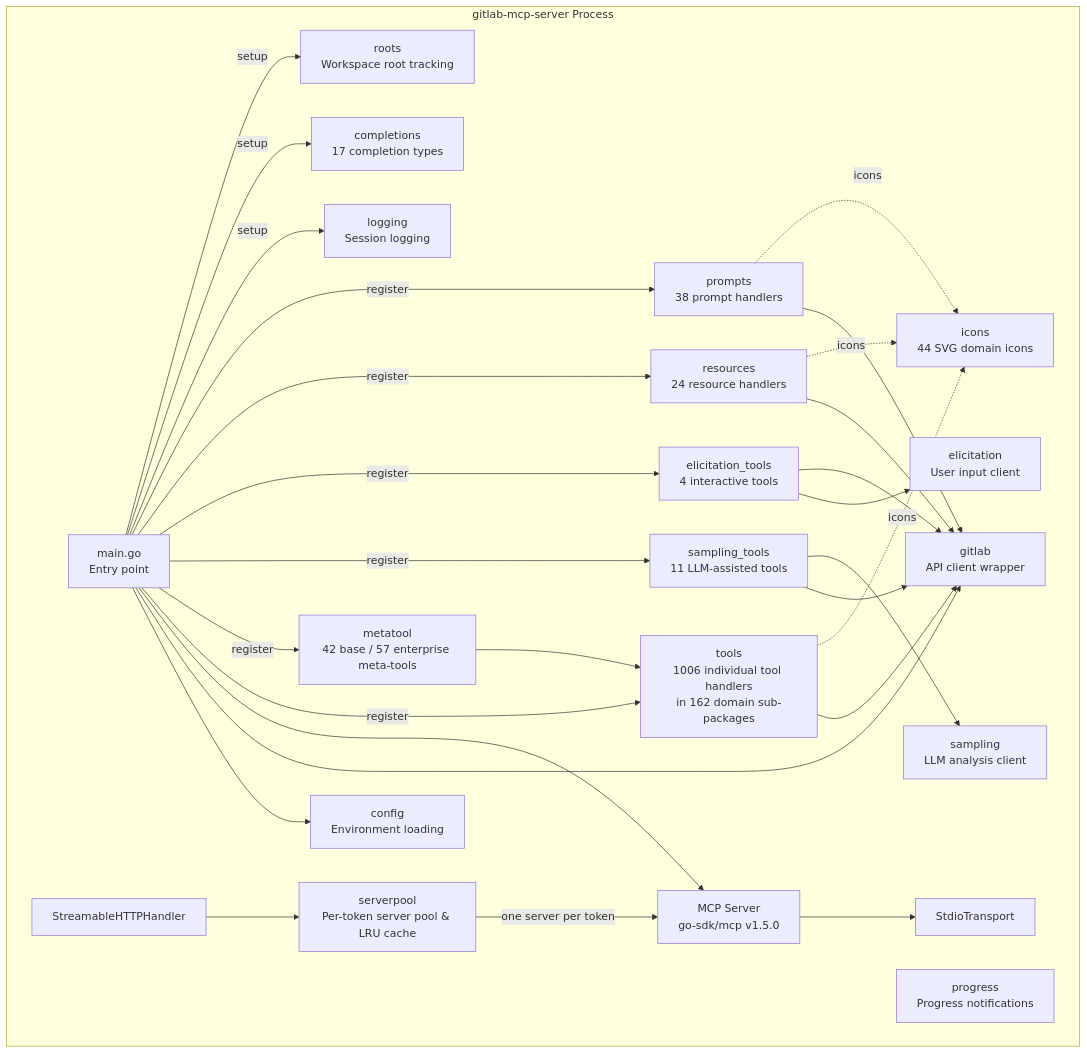
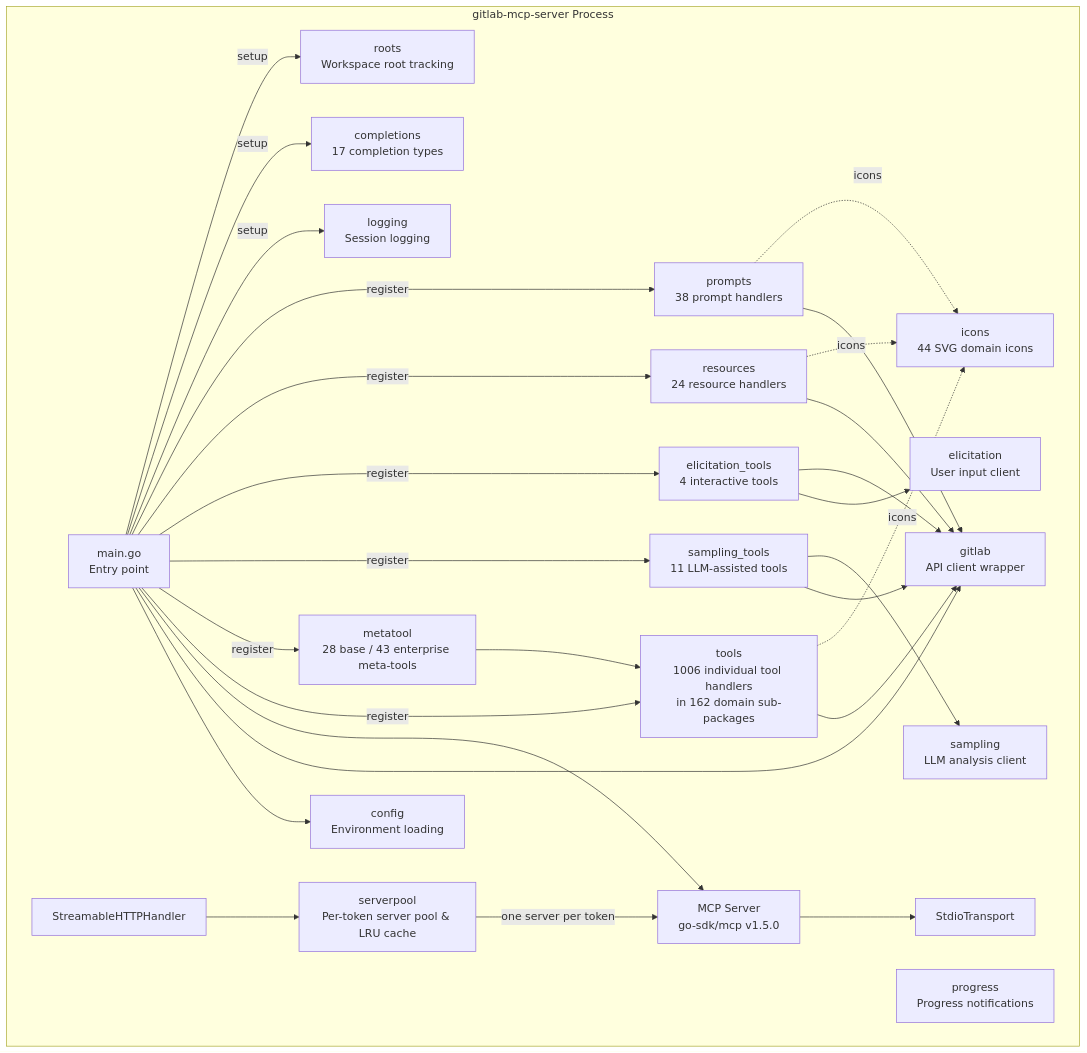
One commit to jmrplens/gitlab-mcp-server changed the third of 9 diagrams in docs/architecture.md. Above: the diagram before and after it, drawn with Mermaid. The commit also changed other lines of this file and 84 other files, not shown here.

First line of the commit message:
refactor(meta-tools): merge 4 child meta-tools into parents and update documentation (#21)

````diff
--- a/docs/architecture.md
+++ b/docs/architecture.md
@@ -64,52 +64,52 @@
 ```mermaid
 graph TD
     subgraph "gitlab-mcp-server Process"
         MAIN[main.go<br/>Entry point]
         CFG[config<br/>Environment loading]
         GL[gitlab<br/>API client wrapper]
         TOOLS[tools<br/>1006 individual tool handlers<br/>in 162 domain sub-packages]
-        META[metatool<br/>42 base / 57 enterprise meta-tools]
+        META[metatool<br/>28 base / 43 enterprise meta-tools]
         SAMP[sampling_tools<br/>11 LLM-assisted tools]
         ELIC[elicitation_tools<br/>4 interactive tools]
         RES[resources<br/>24 resource handlers]
         PROMPTS[prompts<br/>38 prompt handlers]
         LOG[logging<br/>Session logging]
         COMP[completions<br/>17 completion types]
         ROOTS[roots<br/>Workspace root tracking]
         PROG[progress<br/>Progress notifications]
         SAMPLING[sampling<br/>LLM analysis client]
         ELICIT[elicitation<br/>User input client]
         ICN[icons<br/>44 SVG domain icons]
         SRV[MCP Server<br/>go-sdk/mcp v1.5.0]
         STDIO[StdioTransport]
         HTTP[StreamableHTTPHandler]
         POOL[serverpool<br/>Per-token server pool & LRU cache]
     end
 
     MAIN --> CFG
     MAIN --> GL
     MAIN --> SRV
     SRV --> STDIO
     HTTP --> POOL
     POOL -->|one server per token| SRV
     TOOLS --> GL
     META --> TOOLS
     SAMP --> GL
     SAMP --> SAMPLING
     ELIC --> ELICIT
     ELIC --> GL
     RES --> GL
     PROMPTS --> GL
     MAIN -->|register| TOOLS
     MAIN -->|register| META
     MAIN -->|register| SAMP
     MAIN -->|register| ELIC
     MAIN -->|register| RES
     MAIN -->|register| PROMPTS
     TOOLS -.->|icons| ICN
     RES -.->|icons| ICN
     PROMPTS -.->|icons| ICN
     MAIN -->|setup| LOG
     MAIN -->|setup| COMP
     MAIN -->|setup| ROOTS
 ```
````
